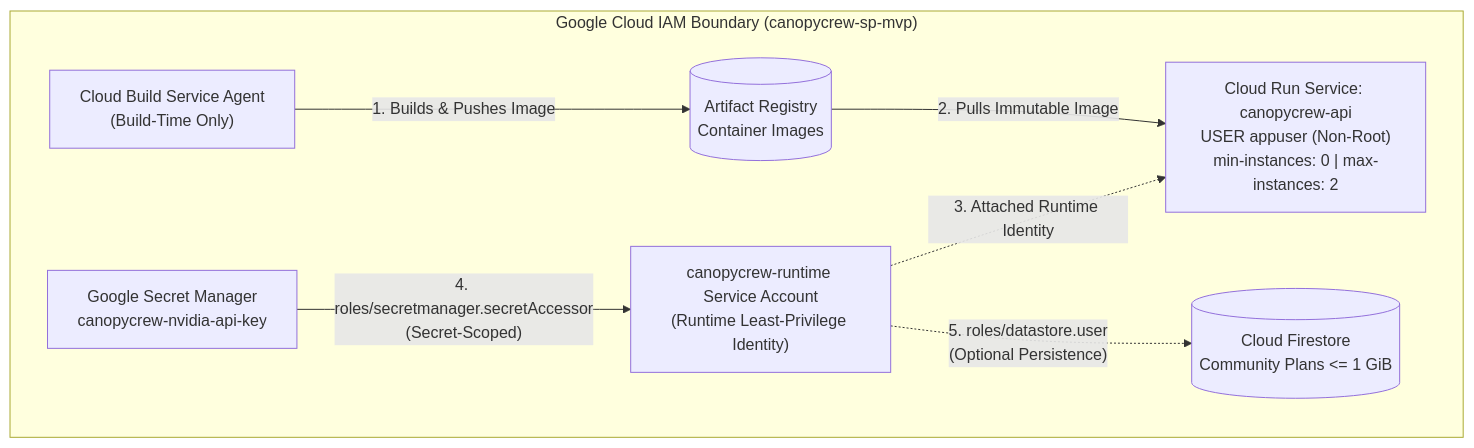
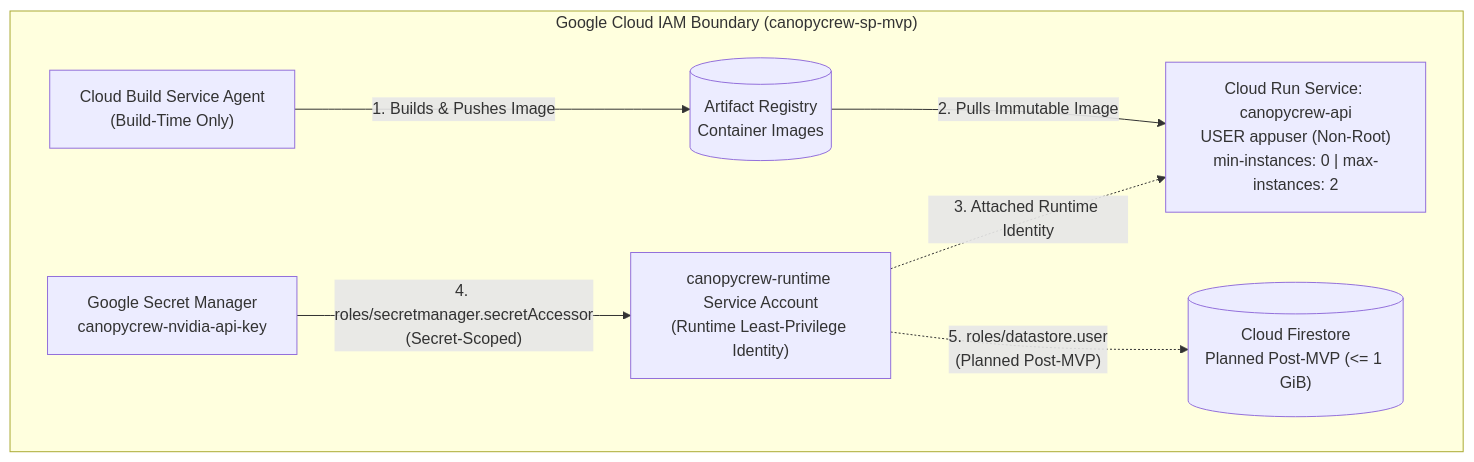
One commit to Ndanu-Nzuki/CanopyCrew changed the diagram in docs/SECURITY.md. Above: the diagram before and after it, drawn with Mermaid. The commit also changed other lines of this file and 3 other files, not shown here.

First line of the commit message:
docs(docs): sync architecture, schema, and security docs with live mvp

````diff
--- a/docs/SECURITY.md
+++ b/docs/SECURITY.md
@@ -44,17 +44,17 @@
 ```mermaid
 flowchart TB
     subgraph IAM["Google Cloud IAM Boundary (canopycrew-sp-mvp)"]
         CB["Cloud Build Service Agent<br/>(Build-Time Only)"]
         AR[("Artifact Registry<br/>Container Images")]
         SA["canopycrew-runtime Service Account<br/>(Runtime Least-Privilege Identity)"]
         GSM["Google Secret Manager<br/>canopycrew-nvidia-api-key"]
-        FS[("Cloud Firestore<br/>Community Plans <= 1 GiB")]
+        FS[("Cloud Firestore<br/>Planned Post-MVP (<= 1 GiB)")]
         CR["Cloud Run Service: canopycrew-api<br/>USER appuser (Non-Root)<br/>min-instances: 0 | max-instances: 2"]
     end
 
     CB -->|"1. Builds & Pushes Image"| AR
     AR -->|"2. Pulls Immutable Image"| CR
     SA -.->|"3. Attached Runtime Identity"| CR
     GSM -->|"4. roles/secretmanager.secretAccessor<br/>(Secret-Scoped)"| SA
-    SA -.->|"5. roles/datastore.user<br/>(Optional Persistence)"| FS
+    SA -.->|"5. roles/datastore.user<br/>(Planned Post-MVP)"| FS
 ```
````
